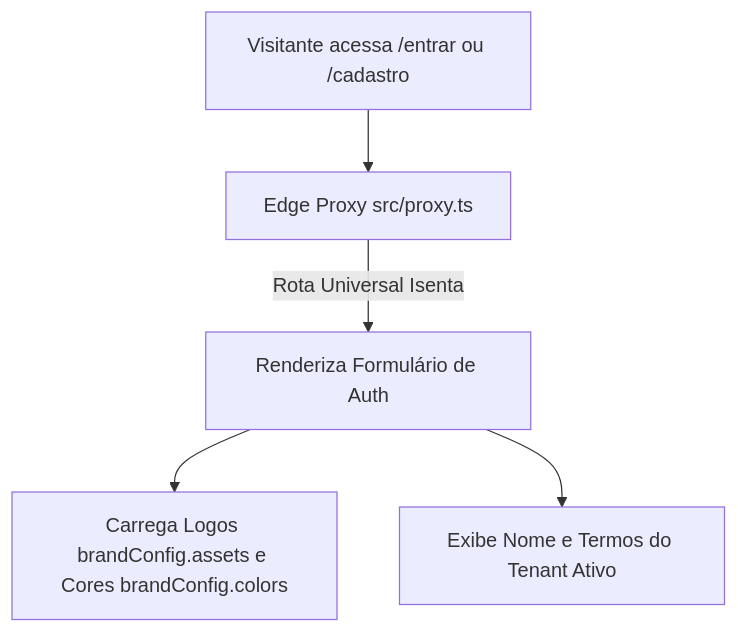
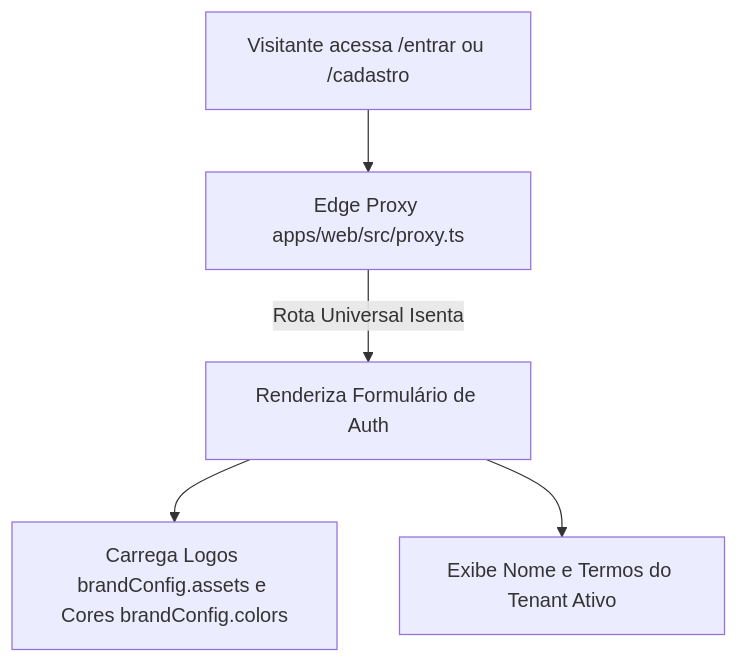
One commit to gui-bus/clubkey changed the first of 2 diagrams in docs/pages/portal/AUTH.md. Above: the diagram before and after it, drawn with Mermaid. The commit also changed 9 other files, not shown here.

````diff
--- a/docs/pages/portal/AUTH.md
+++ b/docs/pages/portal/AUTH.md
@@ -11,7 +11,7 @@
 ```mermaid
 flowchart TD
-    Req["Visitante acessa /entrar ou /cadastro"] --> Proxy["Edge Proxy src/proxy.ts"]
+    Req["Visitante acessa /entrar ou /cadastro"] --> Proxy["Edge Proxy apps/web/src/proxy.ts"]
     Proxy -- "Rota Universal Isenta" --> Page["Renderiza Formulário de Auth"]
     Page --> Brand["Carrega Logos brandConfig.assets e Cores brandConfig.colors"]
     Page --> Tenant["Exibe Nome e Termos do Tenant Ativo"]
 ```
````
